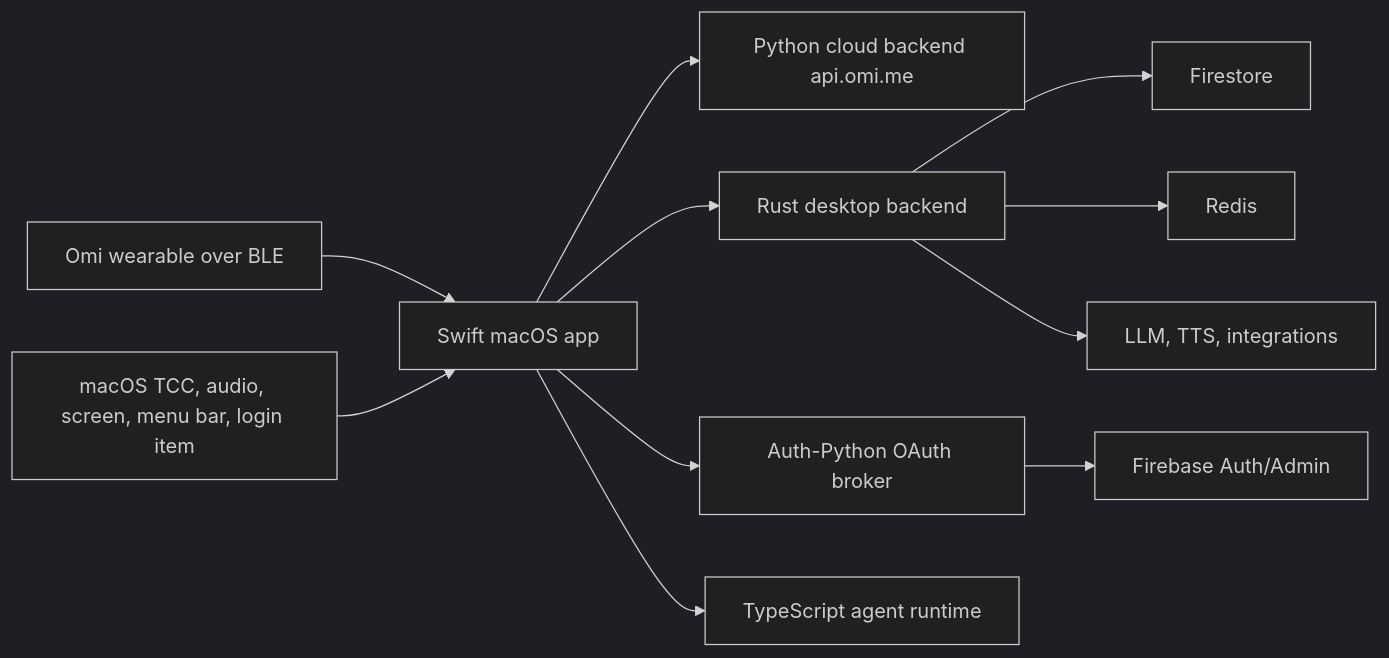
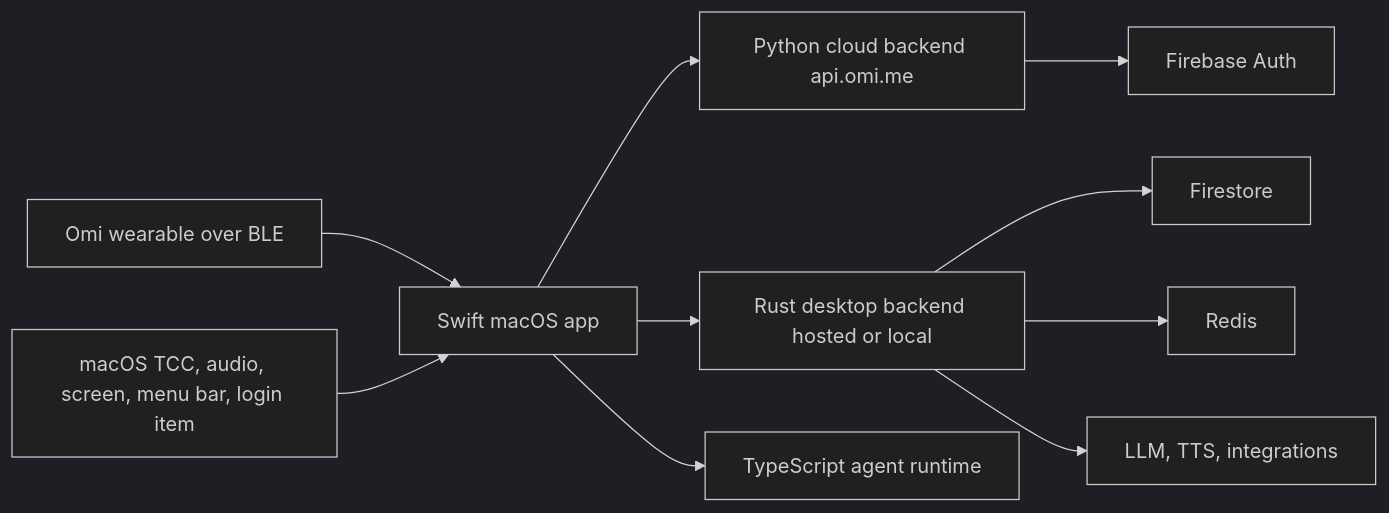
Before and after one commit to adamlsneed/omi: the diagram in desktop/ARCHITECTURE.md, drawn with Mermaid (dark theme). The commit also changed other lines of this file and 4 other files, not shown here.

Commit message:
docs(desktop): clarify hosted backend dev flow

````diff
--- a/desktop/ARCHITECTURE.md
+++ b/desktop/ARCHITECTURE.md
@@ -5,13 +5,12 @@
 ```mermaid
 flowchart LR
   Wearable["Omi wearable over BLE"] --> Swift["Swift macOS app"]
   Mac["macOS TCC, audio, screen, menu bar, login item"] --> Swift
   Swift --> PythonCloud["Python cloud backend api.omi.me"]
-  Swift --> Rust["Rust desktop backend"]
-  Swift --> Auth["Auth-Python OAuth broker"]
+  Swift --> Rust["Rust desktop backend hosted or local"]
   Swift --> Agent["TypeScript agent runtime"]
   Rust --> Firestore["Firestore"]
   Rust --> Redis["Redis"]
   Rust --> LLM["LLM, TTS, integrations"]
-  Auth --> Firebase["Firebase Auth/Admin"]
+  PythonCloud --> Firebase["Firebase Auth"]
 ```
````
